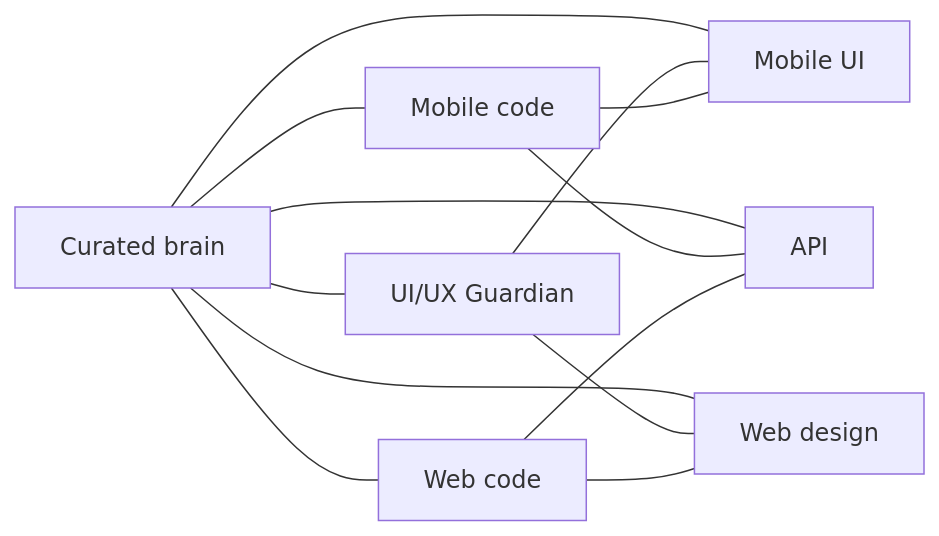
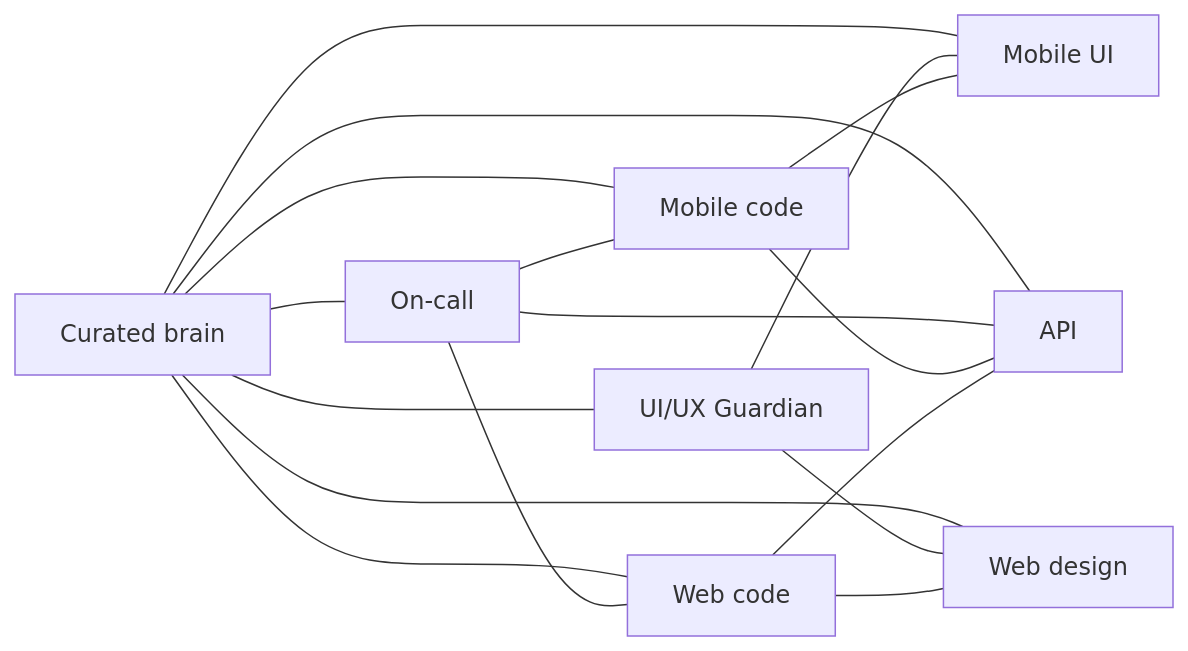
The diagram in brains/README.md (DhruvDave01/territorool-ai-brain), drawn with Mermaid before and after one commit. The commit also changed other lines of this file and 61 other files, not shown here.

````diff
--- a/brains/README.md
+++ b/brains/README.md
@@ -16,22 +17,27 @@
 ```mermaid
 flowchart LR
   main["Curated brain"]
   g["UI/UX Guardian"]
   mc["Mobile code"]
   mui["Mobile UI"]
   wc["Web code"]
   wd["Web design"]
   api["API"]
+  oc["On-call"]
   main --- mc
   main --- mui
   main --- wc
   main --- wd
   main --- api
   main --- g
+  main --- oc
+  oc --- mc
+  oc --- wc
+  oc --- api
   g --- mui
   g --- wd
   mc --- mui
   mc --- api
   wc --- wd
   wc --- api
 ```
````
